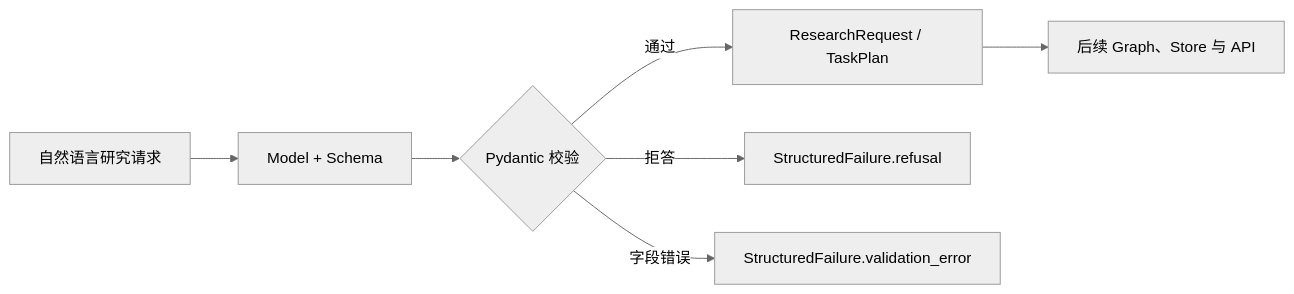
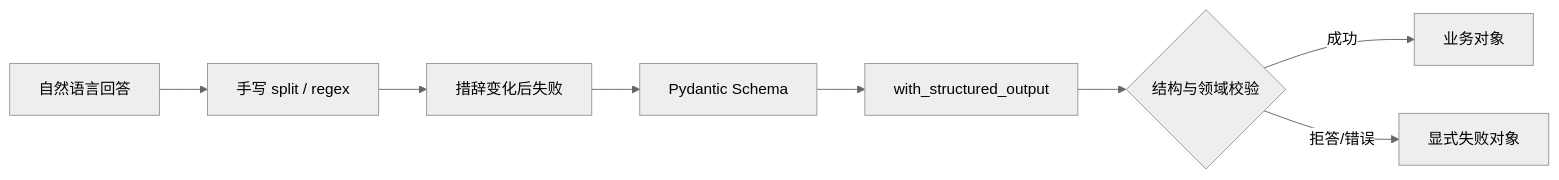
One commit to Chengyunlai/langchain-logbook changed the diagram in docs-site/src/data/blog/02_Structured_Output.md. Above: the diagram before and after it, drawn with Mermaid (neutral theme). The commit also changed other lines of this file and 6 other files, not shown here.

Commit message:
docs: rebuild structured output from contract failures

````diff
--- a/docs-site/src/data/blog/02_Structured_Output.md
+++ b/docs-site/src/data/blog/02_Structured_Output.md
@@ -31,9 +29,10 @@
 ```mermaid
 flowchart LR
-    U["自然语言研究请求"] --> M["Model + Schema"]
-    M --> V{"Pydantic 校验"}
-    V -->|"通过"| O["ResearchRequest / TaskPlan"]
-    V -->|"拒答"| R["StructuredFailure.refusal"]
-    V -->|"字段错误"| F["StructuredFailure.validation_error"]
-    O --> N["后续 Graph、Store 与 API"]
+    T["自然语言回答"] --> P["手写 split / regex"]
+    P --> F["措辞变化后失败"]
+    F --> S["Pydantic Schema"]
+    S --> M["with_structured_output"]
+    M --> V{"结构与领域校验"}
+    V -->|"成功"| O["业务对象"]
+    V -->|"拒答/错误"| E["显式失败对象"]
 ```
````
